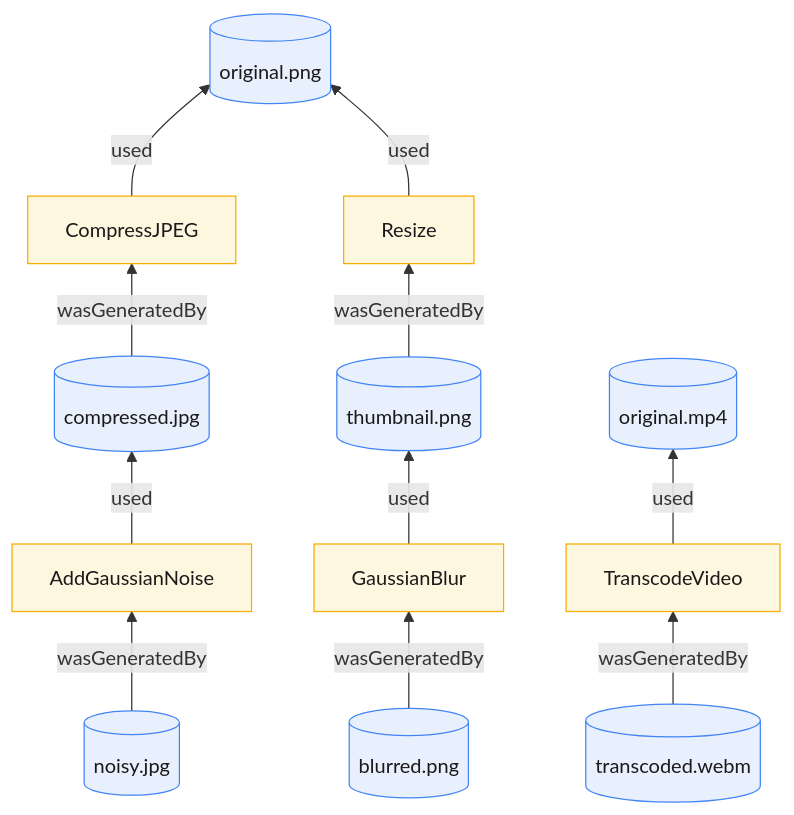
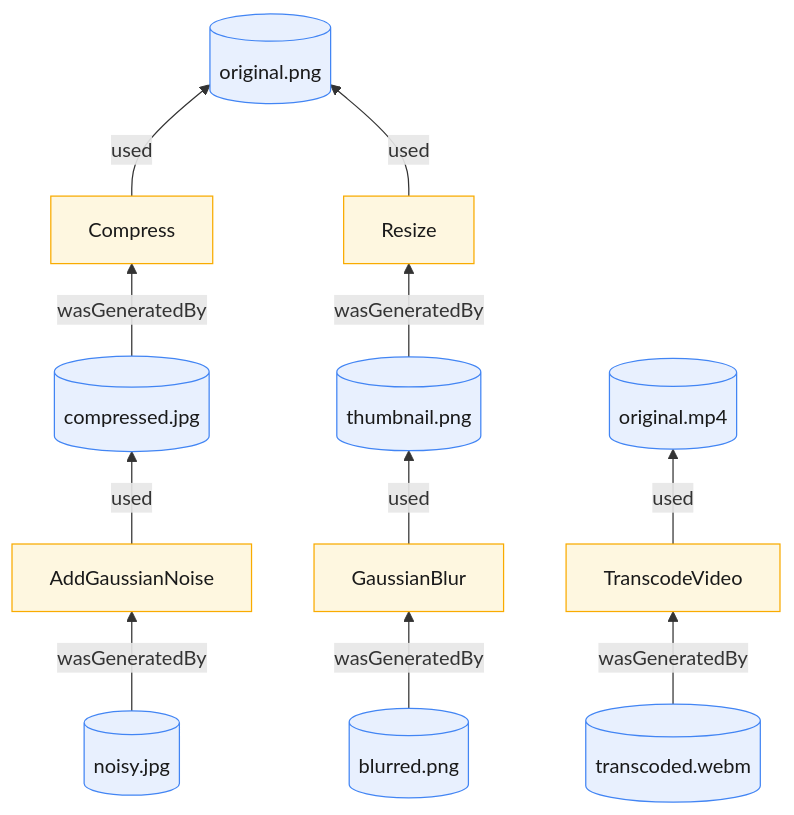
One commit to jlocash/tamper changed the first of 2 diagrams in README.md. Above: the diagram before and after it, drawn with Mermaid. The commit also changed other lines of this file and 12 other files, not shown here.

````diff
--- a/README.md
+++ b/README.md
@@ -19,14 +19,14 @@
 ```mermaid
 flowchart BT
     a0[("original.png")]
-    a1[("compressed.jpg")] -- wasGeneratedBy --> op1["CompressJPEG"] -- used --> a0
+    a1[("compressed.jpg")] -- wasGeneratedBy --> op1["Compress"] -- used --> a0
     a2[("noisy.jpg")] -- wasGeneratedBy --> op2["AddGaussianNoise"] -- used --> a1
     a3[("thumbnail.png")] -- wasGeneratedBy --> op3["Resize"] -- used --> a0
     a4[("blurred.png")] -- wasGeneratedBy --> op4["GaussianBlur"] -- used --> a3
     b0[("original.mp4")]
     b1[("transcoded.webm")] -- wasGeneratedBy --> op5["TranscodeVideo"] -- used --> b0
     classDef asset fill:#e8f0fe,stroke:#4285f4,color:#1a1a1a;
     classDef op fill:#fef7e0,stroke:#f9ab00,color:#1a1a1a;
     class a0,a1,a2,a3,a4,b0,b1 asset;
     class op1,op2,op3,op4,op5 op;
 ```
````
